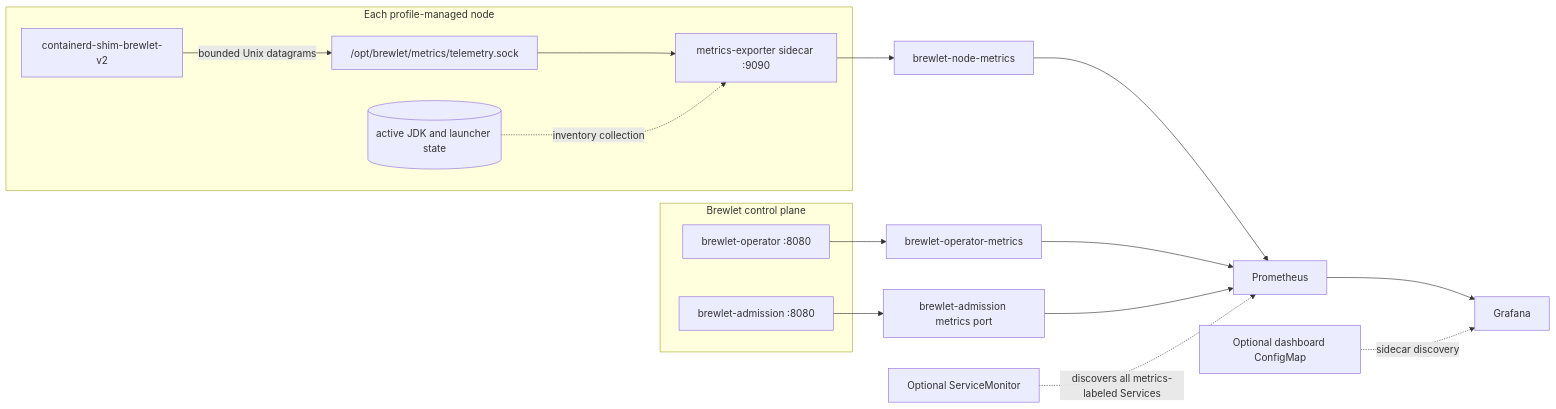
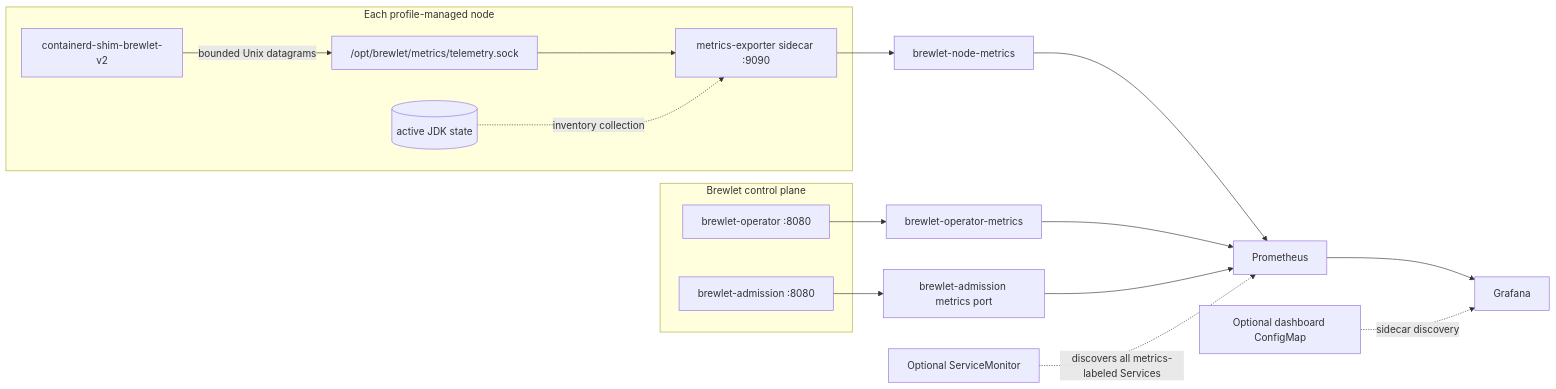
Before and after one commit to microsoft/brewlet: the diagram in docs/runtime-metrics.md, drawn with Mermaid. The commit also changed other lines of this file and 132 other files, not shown here.

````diff
--- a/docs/runtime-metrics.md
+++ b/docs/runtime-metrics.md
@@ -74,28 +74,28 @@
 ```mermaid
 flowchart LR
     subgraph node["Each profile-managed node"]
         SHIM["containerd-shim-brewlet-v2"]
         SOCK["/opt/brewlet/metrics/telemetry.sock"]
         EXP["metrics-exporter sidecar :9090"]
-        INV[("active JDK and launcher state")]
+        INV[("active JDK state")]
         SHIM -->|"bounded Unix datagrams"| SOCK
         SOCK --> EXP
         INV -.->|"inventory collection"| EXP
     end
 
     subgraph control["Brewlet control plane"]
         OP["brewlet-operator :8080"]
         ADM["brewlet-admission :8080"]
     end
 
     EXP --> NSVC["brewlet-node-metrics"]
     OP --> OSVC["brewlet-operator-metrics"]
     ADM --> ASVC["brewlet-admission metrics port"]
 
     NSVC --> PROM["Prometheus"]
     OSVC --> PROM
     ASVC --> PROM
     SM["Optional ServiceMonitor"] -.->|"discovers all metrics-labeled Services"| PROM
     PROM --> GRAF["Grafana"]
     DASH["Optional dashboard ConfigMap"] -.->|"sidecar discovery"| GRAF
 ```
````
